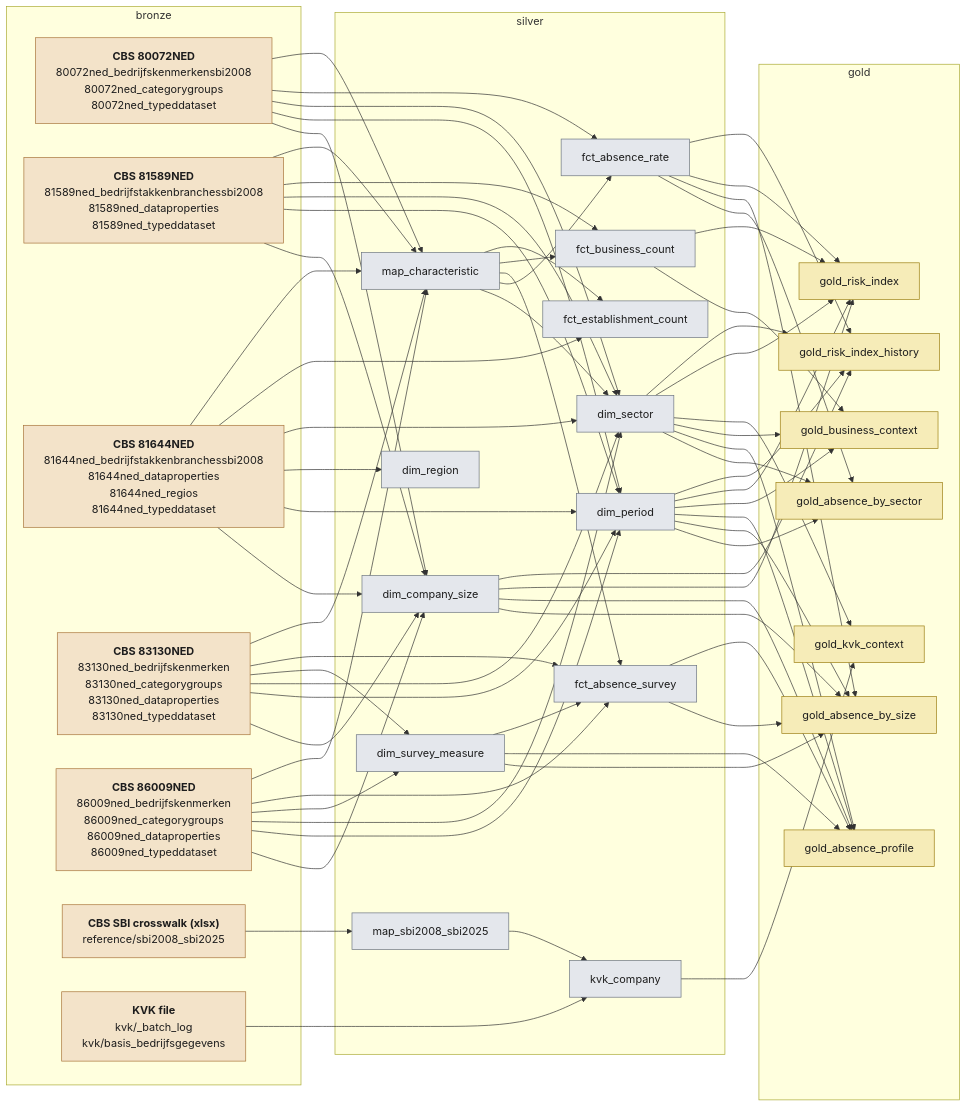
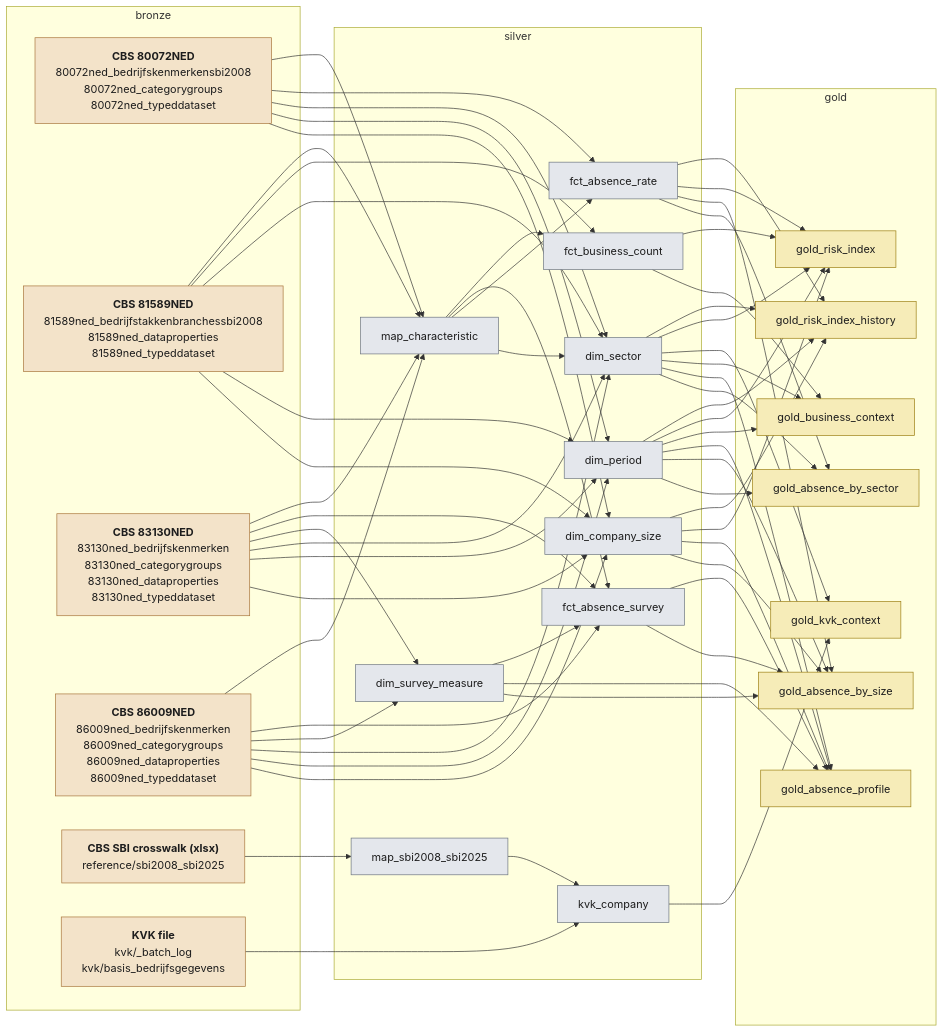
One commit to stefancodecommit/AOV_Lakehouse changed the first of 18 diagrams in docs/lineage.md. Above: the diagram before and after it, drawn with Mermaid. The commit also changed other lines of this file and 27 other files, not shown here.

First line of the commit message:
Remove CBS 81644NED: no gold table or dashboard page used it

```diff
--- a/docs/lineage.md
+++ b/docs/lineage.md
@@ -23,7 +23,6 @@
   subgraph bronze_layer["bronze"]
     n_source_CBS_80072NED["<b>CBS 80072NED</b><br/>80072ned_bedrijfskenmerkensbi2008<br/>80072ned_categorygroups<br/>80072ned_typeddataset"]:::bronze
     n_source_CBS_81589NED["<b>CBS 81589NED</b><br/>81589ned_bedrijfstakkenbranchessbi2008<br/>81589ned_dataproperties<br/>81589ned_typeddataset"]:::bronze
-    n_source_CBS_81644NED["<b>CBS 81644NED</b><br/>81644ned_bedrijfstakkenbranchessbi2008<br/>81644ned_dataproperties<br/>81644ned_regios<br/>81644ned_typeddataset"]:::bronze
     n_source_CBS_83130NED["<b>CBS 83130NED</b><br/>83130ned_bedrijfskenmerken<br/>83130ned_categorygroups<br/>83130ned_dataproperties<br/>83130ned_typeddataset"]:::bronze
     n_source_CBS_86009NED["<b>CBS 86009NED</b><br/>86009ned_bedrijfskenmerken<br/>86009ned_categorygroups<br/>86009ned_dataproperties<br/>86009ned_typeddataset"]:::bronze
     n_source_CBS_SBI_crosswalk__xlsx_["<b>CBS SBI crosswalk (xlsx)</b><br/>reference/sbi2008_sbi2025"]:::bronze
@@ -34,13 +33,11 @@
     n_silver_dim_sector["dim_sector"]:::silver
     n_silver_dim_company_size["dim_company_size"]:::silver
     n_silver_dim_period["dim_period"]:::silver
-    n_silver_dim_region["dim_region"]:::silver
     n_silver_dim_survey_measure["dim_survey_measure"]:::silver
     n_silver_map_sbi2008_sbi2025["map_sbi2008_sbi2025"]:::silver
     n_silver_fct_absence_rate["fct_absence_rate"]:::silver
     n_silver_fct_absence_survey["fct_absence_survey"]:::silver
     n_silver_fct_business_count["fct_business_count"]:::silver
-    n_silver_fct_establishment_count["fct_establishment_count"]:::silver
     n_silver_kvk_company["kvk_company"]:::silver
   end
   subgraph gold_layer["gold"]
@@ -84,7 +81,6 @@
   n_silver_map_characteristic --> n_silver_fct_absence_rate
   n_silver_map_characteristic --> n_silver_fct_absence_survey
   n_silver_map_characteristic --> n_silver_fct_business_count
-  n_silver_map_characteristic --> n_silver_fct_establishment_count
   n_silver_map_sbi2008_sbi2025 --> n_silver_kvk_company
   n_source_CBS_80072NED --> n_silver_dim_company_size
   n_source_CBS_80072NED --> n_silver_dim_period
@@ -96,12 +92,6 @@
   n_source_CBS_81589NED --> n_silver_dim_sector
   n_source_CBS_81589NED --> n_silver_fct_business_count
   n_source_CBS_81589NED --> n_silver_map_characteristic
-  n_source_CBS_81644NED --> n_silver_dim_company_size
-  n_source_CBS_81644NED --> n_silver_dim_period
-  n_source_CBS_81644NED --> n_silver_dim_region
-  n_source_CBS_81644NED --> n_silver_dim_sector
-  n_source_CBS_81644NED --> n_silver_fct_establishment_count
-  n_source_CBS_81644NED --> n_silver_map_characteristic
   n_source_CBS_83130NED --> n_silver_dim_company_size
   n_source_CBS_83130NED --> n_silver_dim_period
   n_source_CBS_83130NED --> n_silver_dim_sector
```
